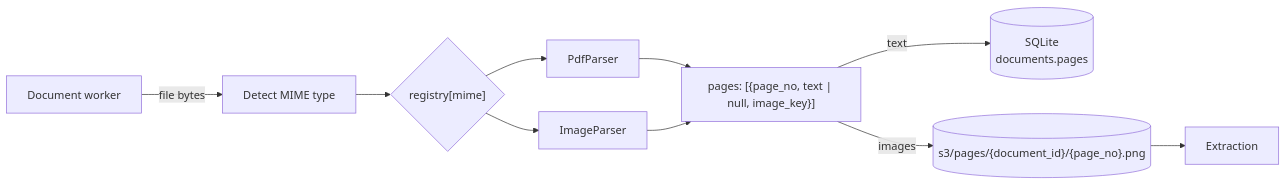
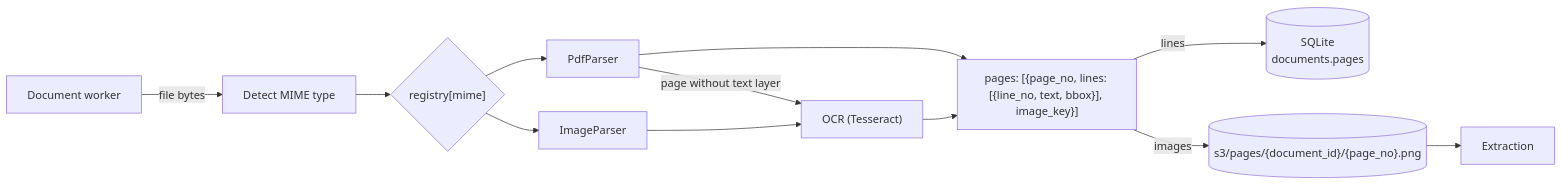
Before and after one commit to syldysnya/loan_extraction: the diagram in docs/features/parsing/HLD.md, drawn with Mermaid. The commit also changed other lines of this file and 4 other files, not shown here.

First line of the commit message:
Add extraction HLD/LLD; parsing lines, boxes and OCR

````diff
--- a/docs/features/parsing/HLD.md
+++ b/docs/features/parsing/HLD.md
@@ -9,12 +9,14 @@
 ```mermaid
 flowchart LR
     worker["Document worker"] -- "file bytes" --> detect["Detect MIME type"]
     detect --> registry{"registry[mime]"}
     registry --> pdf["PdfParser"]
     registry --> img["ImageParser"]
-    pdf --> pages["pages: [{page_no, text | null, image_key}]"]
-    img --> pages
-    pages -- "text" --> db[("SQLite<br/>documents.pages")]
+    pdf -- "page without text layer" --> ocr["OCR (Tesseract)"]
+    img --> ocr
+    pdf --> pages["pages: [{page_no, lines: [{line_no, text, bbox}], image_key}]"]
+    ocr --> pages
+    pages -- "lines" --> db[("SQLite<br/>documents.pages")]
     pages -- "images" --> s3[("s3/pages/{document_id}/{page_no}.png")]
     s3 --> extract["Extraction"]
 ```
````
